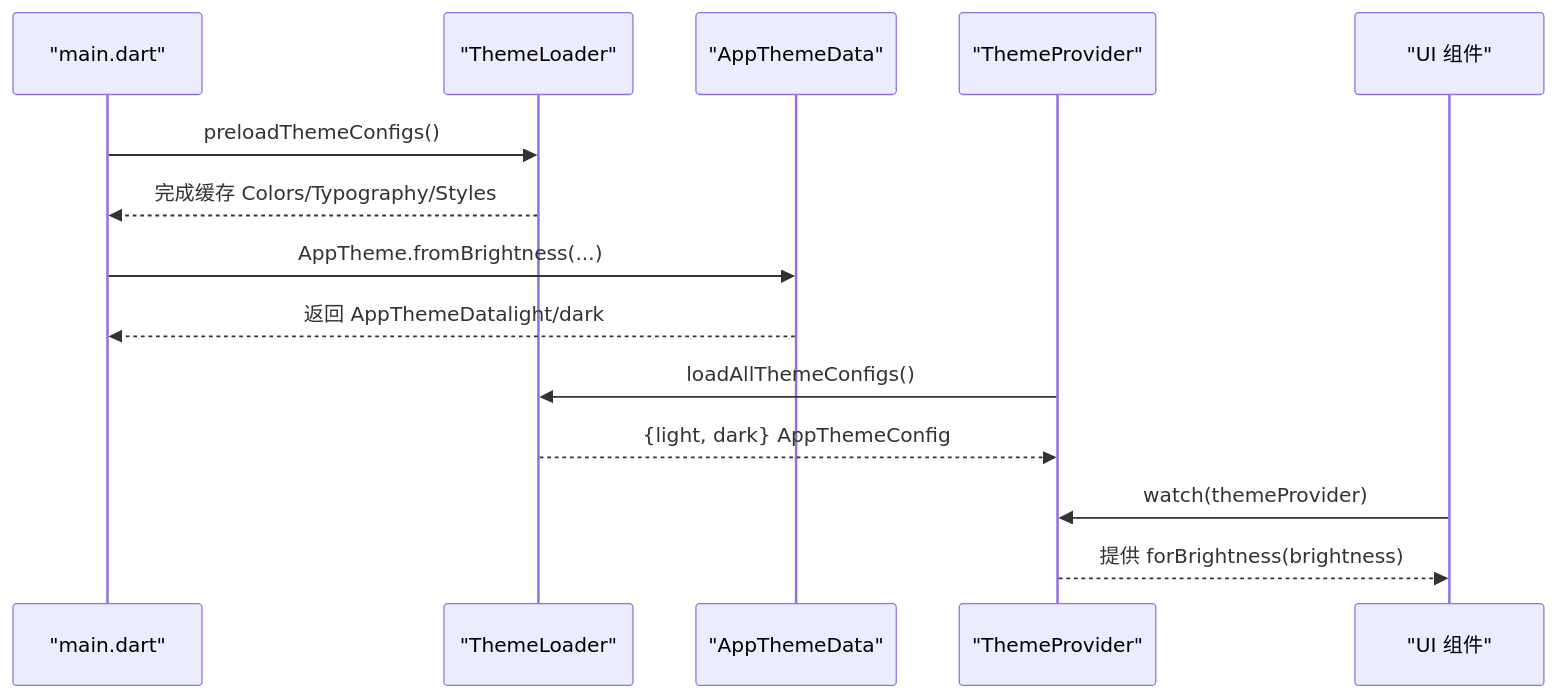
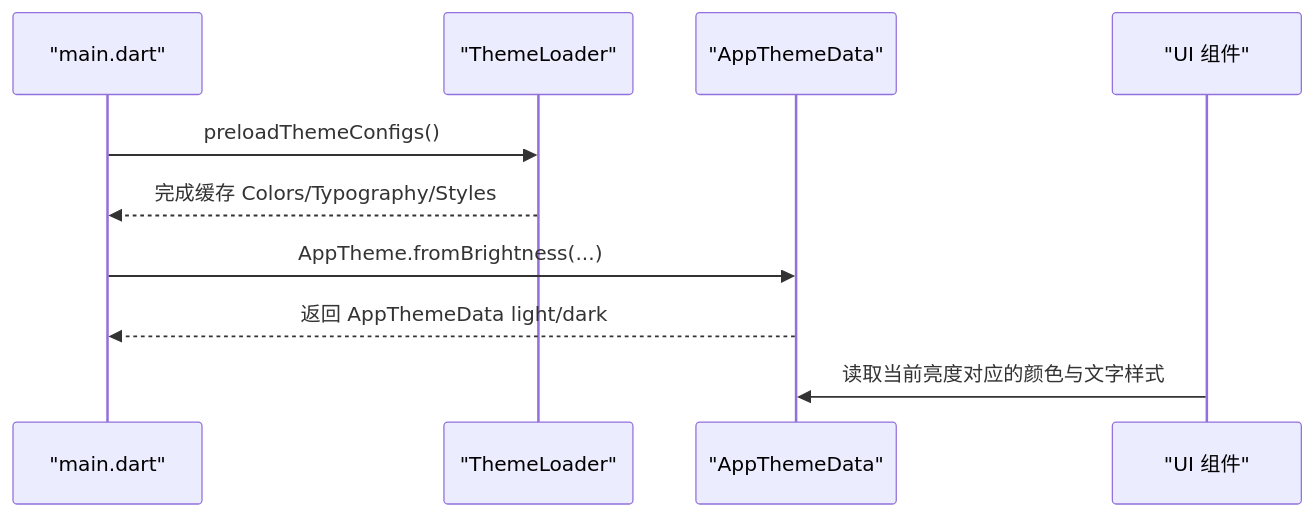
One commit to ZTfer/Tinycast changed the second of 8 diagrams in .qoder/repowiki/zh/content/扩展开发/自定义功能开发/页面开发/主题与样式定制.md. Above: the diagram before and after it, drawn with Mermaid. The commit also changed other lines of this file and 34 other files, not shown here.

````diff
--- a/.qoder/repowiki/zh/content/扩展开发/自定义功能开发/页面开发/主题与样式定制.md
+++ b/.qoder/repowiki/zh/content/扩展开发/自定义功能开发/页面开发/主题与样式定制.md
@@ -116,16 +111,12 @@
 ```mermaid
 sequenceDiagram
 participant Main as "main.dart"
 participant Loader as "ThemeLoader"
 participant Data as "AppThemeData"
-participant Provider as "ThemeProvider"
 participant UI as "UI 组件"
 Main->>Loader : preloadThemeConfigs()
 Loader-->>Main : 完成缓存 Colors/Typography/Styles
 Main->>Data : AppTheme.fromBrightness(...)
-Data-->>Main : 返回 AppThemeDatalight/dark
-Provider->>Loader : loadAllThemeConfigs()
-Loader-->>Provider : {light, dark} AppThemeConfig
-UI->>Provider : watch(themeProvider)
-Provider-->>UI : 提供 forBrightness(brightness)
+Data-->>Main : 返回 AppThemeData light/dark
+UI->>Data : 读取当前亮度对应的颜色与文字样式
 ```
````
